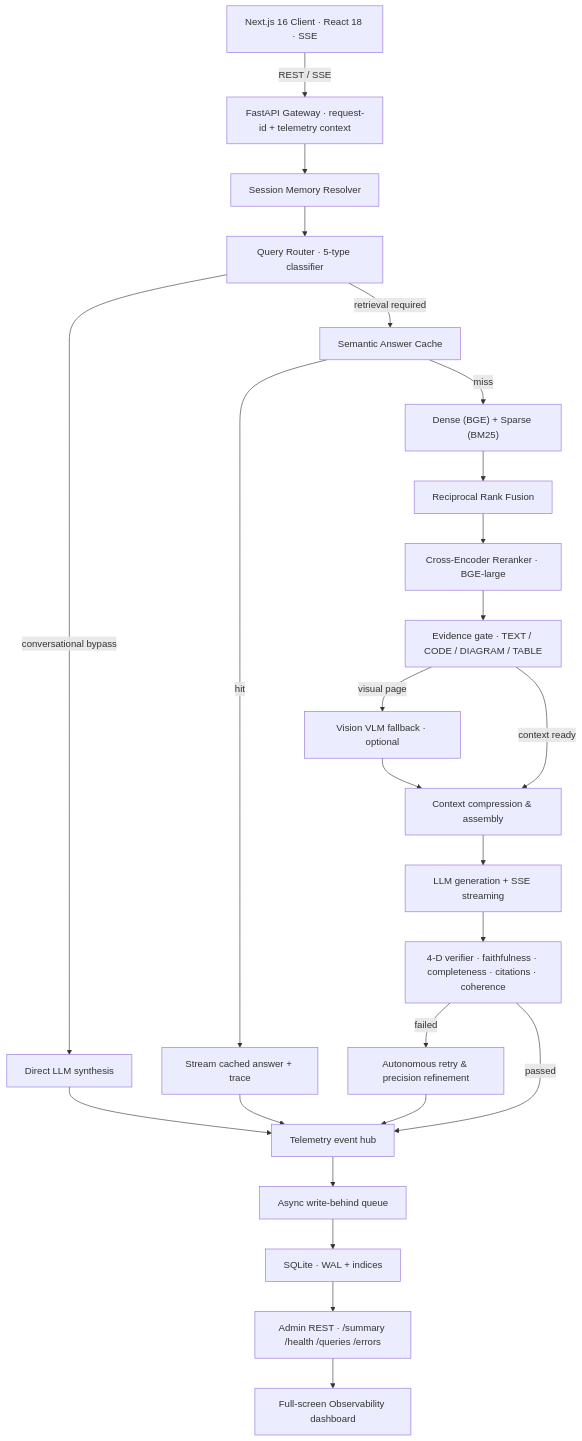
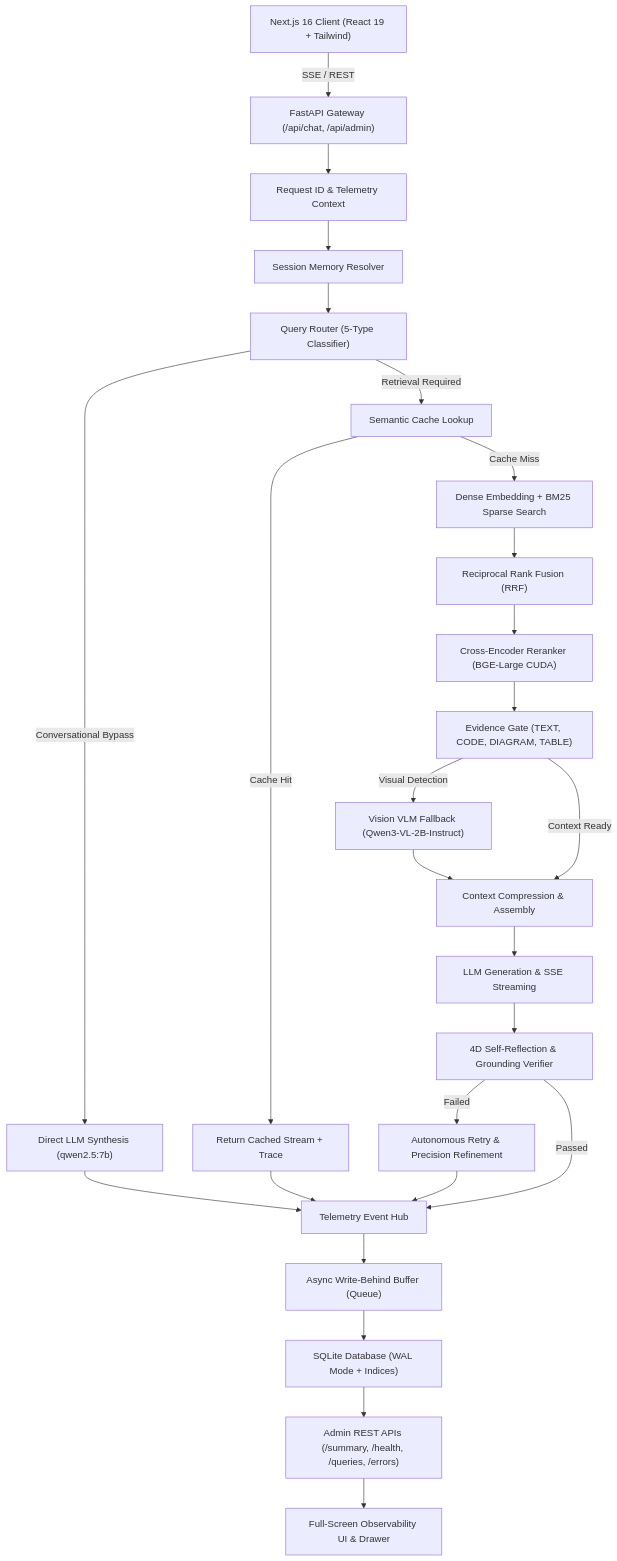
The diagram in README.md (SoubhagyaJain/Company-policy-rag), drawn with Mermaid before and after one commit. The commit also changed other lines of this file, not shown here.

````diff
--- a/README.md
+++ b/README.md
@@ -53,34 +66,35 @@
 ```mermaid
 flowchart TD
-    UserClient["Next.js 16 Client · React 18 · SSE"] -->|REST / SSE| Gateway["FastAPI Gateway · request-id + telemetry context"]
-    Gateway --> Memory["Session Memory Resolver"]
-    Memory --> Router["Query Router · 5-type classifier"]
+    UserClient["Next.js 16 Client (React 19 + Tailwind)"] -->|SSE / REST| FastAPIGateway["FastAPI Gateway (/api/chat, /api/admin)"]
+    FastAPIGateway --> RequestIDContext["Request ID & Telemetry Context"]
+    RequestIDContext --> MemoryResolver["Session Memory Resolver"]
+    MemoryResolver --> QueryRouter["Query Router (5-Type Classifier)"]
 
-    Router -->|conversational bypass| Direct["Direct LLM synthesis"]
-    Router -->|retrieval required| Cache["Semantic Answer Cache"]
+    QueryRouter -->|Conversational Bypass| DirectSynthesis["Direct LLM Synthesis (qwen2.5:7b)"]
+    QueryRouter -->|Retrieval Required| CacheCheck["Semantic Cache Lookup"]
 
-    Cache -->|hit| Cached["Stream cached answer + trace"]
-    Cache -->|miss| Hybrid["Dense (BGE) + Sparse (BM25)"]
+    CacheCheck -->|Cache Hit| ReturnCached["Return Cached Stream + Trace"]
+    CacheCheck -->|Cache Miss| HybridSearch["Dense Embedding + BM25 Sparse Search"]
 
-    Hybrid --> RRF["Reciprocal Rank Fusion"]
-    RRF --> Rerank["Cross-Encoder Reranker · BGE-large"]
-    Rerank --> Evidence["Evidence gate · TEXT / CODE / DIAGRAM / TABLE"]
+    HybridSearch --> RRFFusion["Reciprocal Rank Fusion (RRF)"]
+    RRFFusion --> CrossEncoderRerank["Cross-Encoder Reranker (BGE-Large CUDA)"]
+    CrossEncoderRerank --> EvidenceClassifier["Evidence Gate (TEXT, CODE, DIAGRAM, TABLE)"]
 
-    Evidence -->|visual page| Vision["Vision VLM fallback · optional"]
-    Evidence -->|context ready| Assembly["Context compression & assembly"]
-    Vision --> Assembly
+    EvidenceClassifier -->|Visual Detection| VisionExtraction["Vision VLM Fallback (Qwen3-VL-2B-Instruct)"]
+    EvidenceClassifier -->|Context Ready| ContextAssembly["Context Compression & Assembly"]
+    VisionExtraction --> ContextAssembly
 
-    Assembly --> Stream["LLM generation + SSE streaming"]
-    Stream --> Verifier["4-D verifier · faithfulness · completeness · citations · coherence"]
+    ContextAssembly --> LLMStream["LLM Generation & SSE Streaming"]
+    LLMStream --> VerifierGate["4D Self-Reflection & Grounding Verifier"]
 
-    Verifier -->|failed| Retry["Autonomous retry & precision refinement"]
-    Verifier -->|passed| Telemetry["Telemetry event hub"]
-    Direct --> Telemetry
-    Cached --> Telemetry
-    Retry --> Telemetry
+    VerifierGate -->|Failed| RetryEngine["Autonomous Retry & Precision Refinement"]
+    VerifierGate -->|Passed| TelemetryPipeline["Telemetry Event Hub"]
+    DirectSynthesis --> TelemetryPipeline
+    ReturnCached --> TelemetryPipeline
+    RetryEngine --> TelemetryPipeline
 
-    Telemetry --> WriteBehind["Async write-behind queue"]
-    WriteBehind --> SQLite["SQLite · WAL + indices"]
-    SQLite --> AdminAPI["Admin REST · /summary /health /queries /errors"]
-    AdminAPI --> Dashboard["Full-screen Observability dashboard"]
+    TelemetryPipeline --> WriteBehindQueue["Async Write-Behind Buffer (Queue)"]
+    WriteBehindQueue --> SQLiteWAL["SQLite Database (WAL Mode + Indices)"]
+    SQLiteWAL --> ObservabilityAPI["Admin REST APIs (/summary, /health, /queries, /errors)"]
+    ObservabilityAPI --> FullScreenUI["Full-Screen Observability UI & Drawer"]
 ```
````
